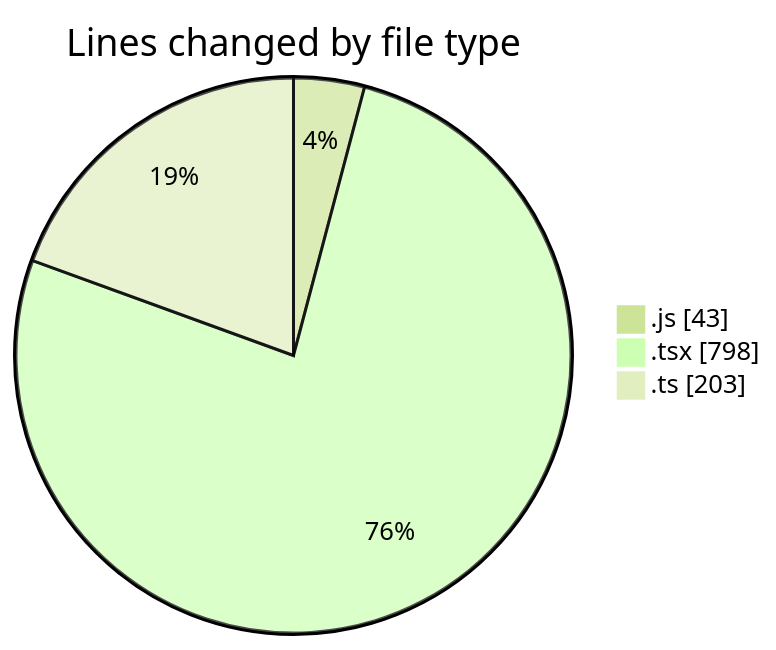
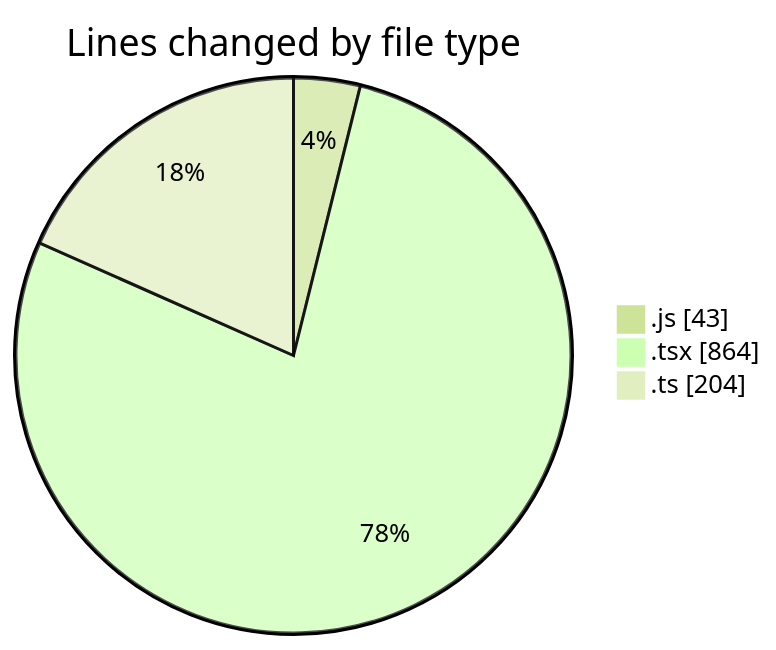
Before and after one commit to momahboobian/code-tracking: the first of 2 diagrams in 2026-03-09/cda/README.md, drawn with Mermaid (forest theme). The commit also changed other lines of this file and 1 other file, not shown here.

````diff
--- a/2026-03-09/cda/README.md
+++ b/2026-03-09/cda/README.md
@@ -28,7 +29,7 @@
 ```mermaid
 pie showData
 title Lines changed by file type
 ".js" : 43
-".tsx" : 798
-".ts" : 203
+".tsx" : 864
+".ts" : 204
 ```
````
